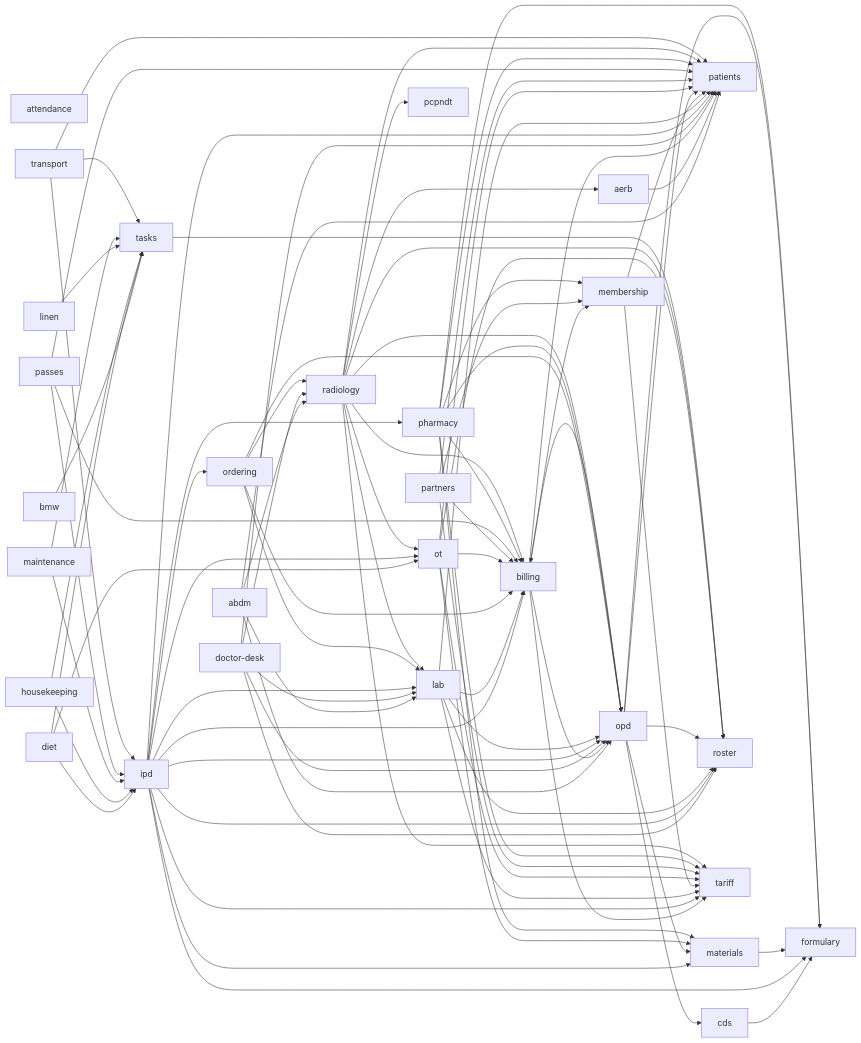
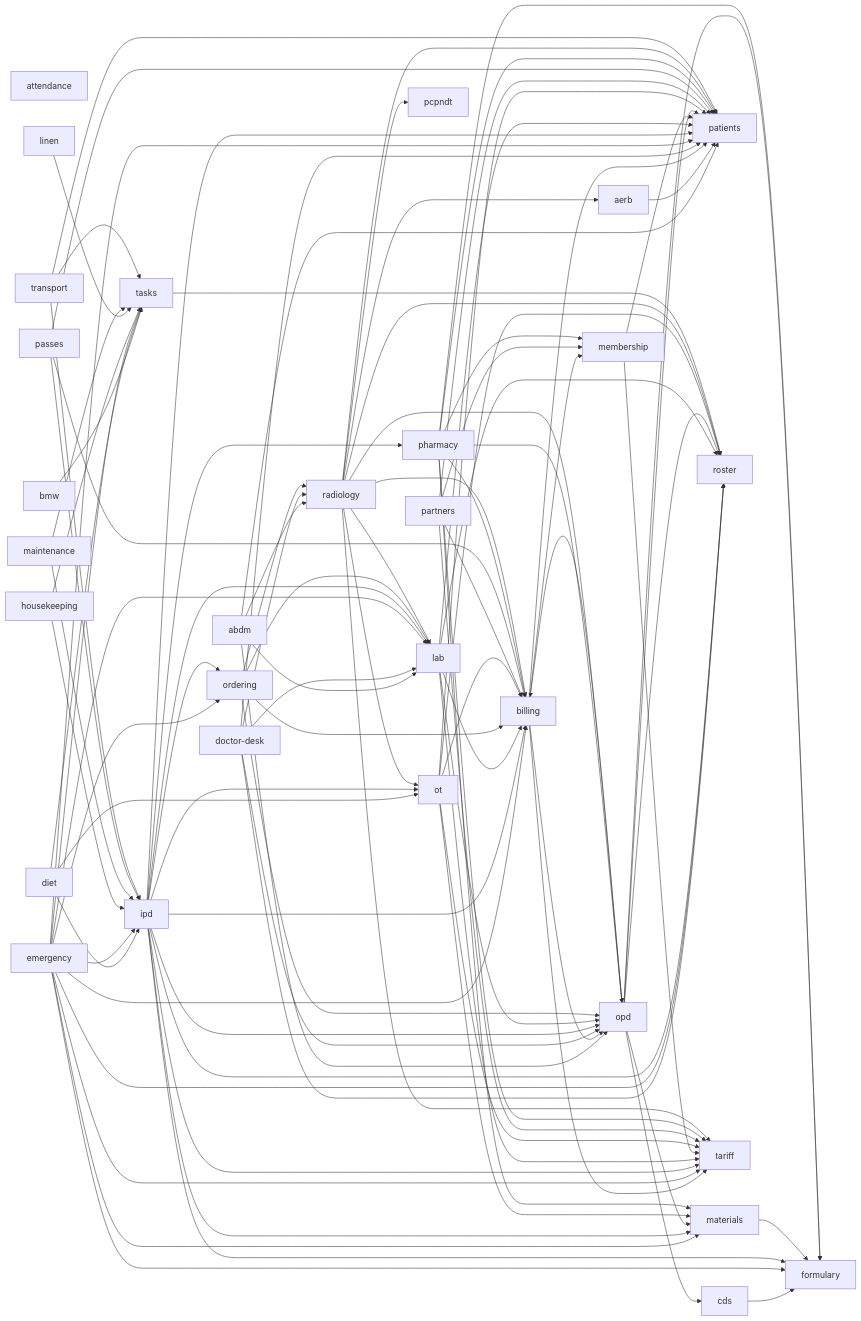
The second of 2 diagrams in docs/architecture/README.md (ankits3a/hims-hmis), drawn with Mermaid before and after one commit. The commit also changed other lines of this file and 33 other files, not shown here.

```diff
--- a/docs/architecture/README.md
+++ b/docs/architecture/README.md
@@ -38,6 +38,7 @@
   cds[cds]
   diet[diet]
   doctor_desk[doctor-desk]
+  emergency[emergency]
   formulary[formulary]
   housekeeping[housekeeping]
   ipd[ipd]
@@ -78,6 +79,16 @@
   doctor_desk --> patients
   doctor_desk --> radiology
   doctor_desk --> roster
+  emergency --> billing
+  emergency --> formulary
+  emergency --> ipd
+  emergency --> lab
+  emergency --> materials
+  emergency --> ordering
+  emergency --> patients
+  emergency --> roster
+  emergency --> tariff
+  emergency --> tasks
   housekeeping --> ipd
   housekeeping --> tasks
   ipd --> billing
```
